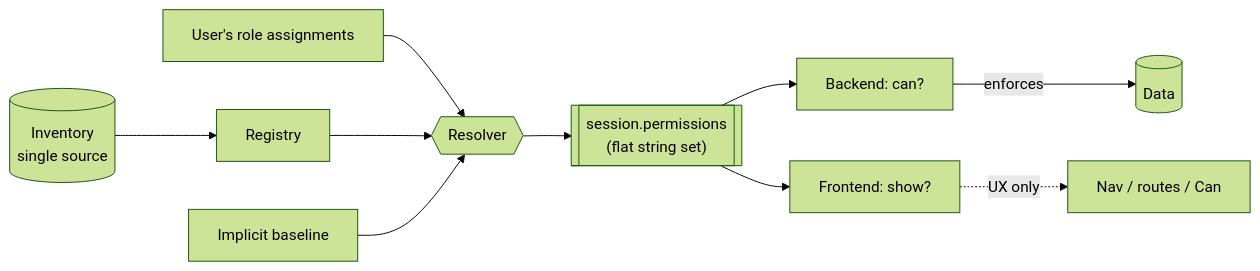
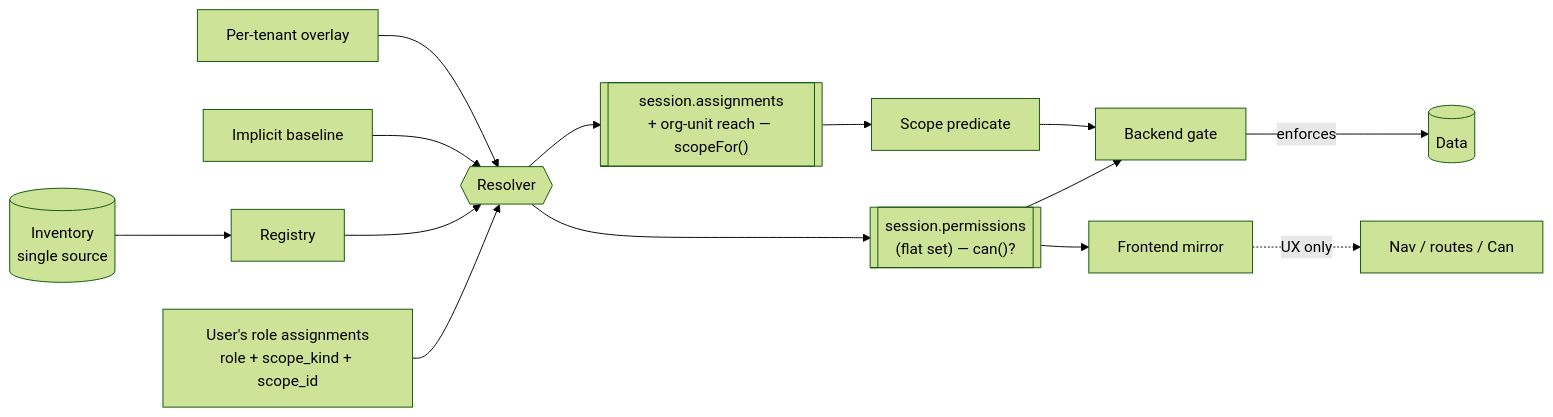
One commit to Seta-International/agent-platform changed the first of 4 diagrams in docs/platform/rbac.md. Above: the diagram before and after it, drawn with Mermaid (forest theme). The commit also changed other lines of this file and 6 other files, not shown here.

````diff
--- a/docs/platform/rbac.md
+++ b/docs/platform/rbac.md
@@ -5,9 +10,13 @@
 ```mermaid
 flowchart LR
-  G[User's role assignments] --> R{{Resolver}}
+  A[User's role assignments<br/>role + scope_kind + scope_id] --> R{{Resolver}}
   INV[(Inventory<br/>single source)] --> REG[Registry] --> R
   IMP[Implicit baseline] --> R
-  R --> S[["session.permissions<br/>(flat string set)"]]
-  S --> BE[Backend: can?] -->|enforces| DB[(Data)]
-  S --> FE[Frontend: show?] -.UX only.-> UI[Nav / routes / Can]
+  OV[Per-tenant overlay] --> R
+  R --> S[["session.permissions<br/>(flat set) — can()?"]]
+  R --> SC[["session.assignments<br/>+ org-unit reach — scopeFor()"]]
+  S --> BE[Backend gate]
+  SC --> PRED[Scope predicate] --> BE
+  BE -->|enforces| DB[(Data)]
+  S --> FE[Frontend mirror] -.UX only.-> UI[Nav / routes / Can]
 ```
````
